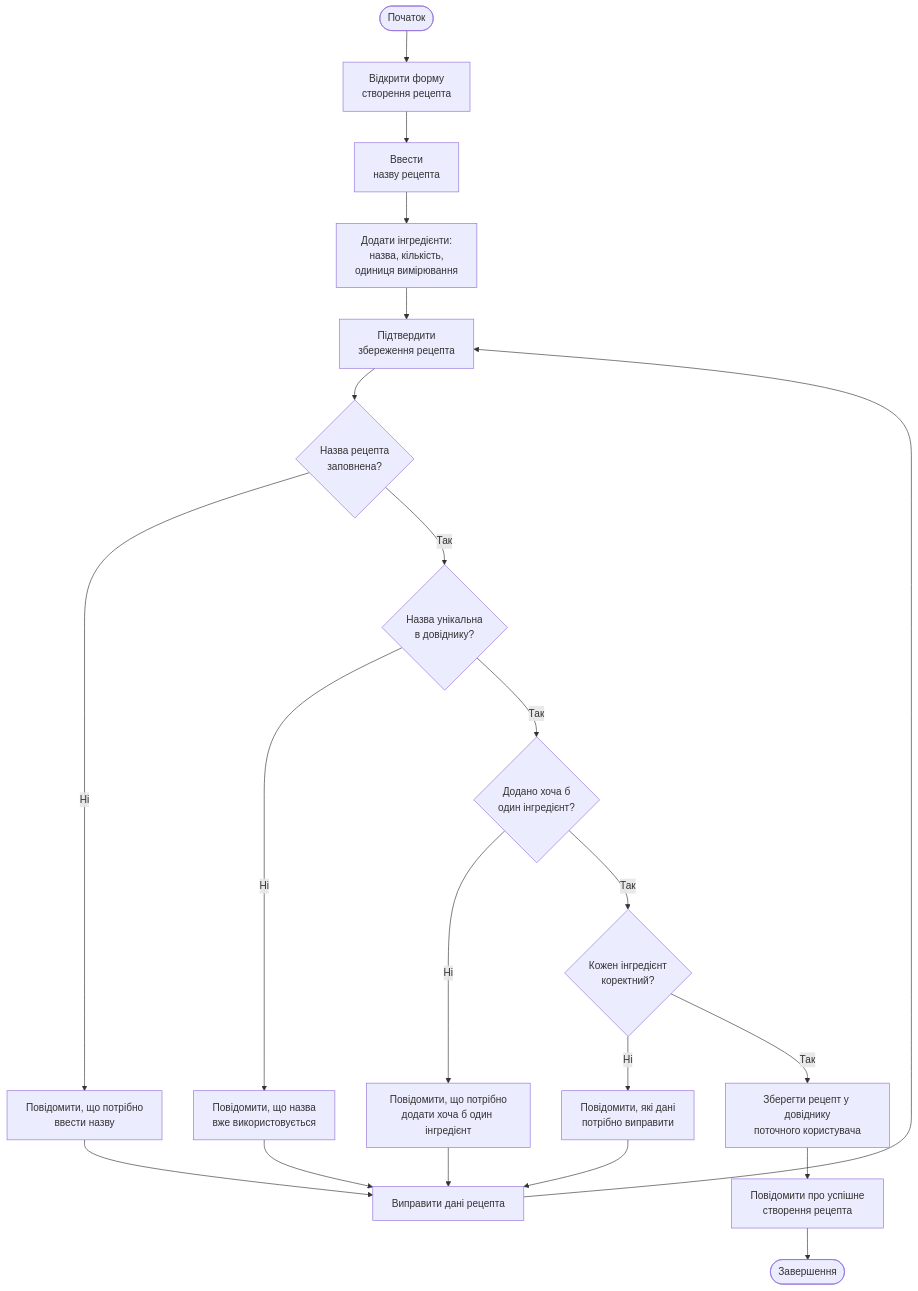
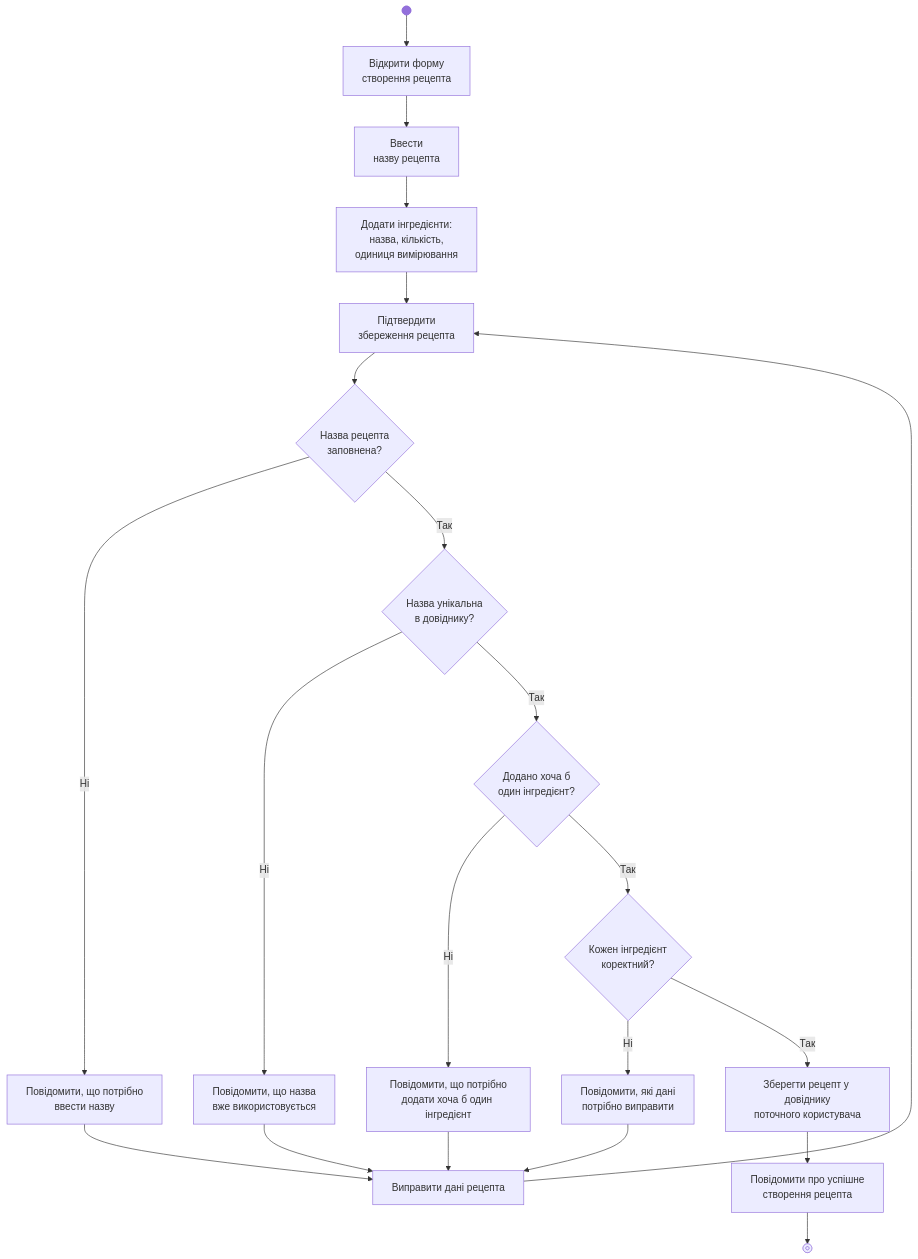
One commit to lvovasofia/TRPZ_LAB_TR-42 changed the diagram in model/activity-uc-03.md. Above: the diagram before and after it, drawn with Mermaid.

Commit message:
docs: fix activity-uc-03 as per the requirements

````diff
--- a/model/activity-uc-03.md
+++ b/model/activity-uc-03.md
@@ -5,29 +5,30 @@
 ```mermaid
 flowchart TD
-    A([Початок]) --> B[Відкрити форму<br>створення рецепта]
+    A@{ shape: f-circ, label: "Початок" }
+    A --> B[Відкрити форму<br>створення рецепта]
     B --> C[Ввести<br>назву рецепта]
     C --> D[Додати інгредієнти:<br>назва, кількість,<br>одиниця вимірювання]
     D --> E[Підтвердити<br>збереження рецепта]
 
     E --> F{Назва рецепта<br>заповнена?}
     F -- Ні --> F1[Повідомити, що потрібно<br>ввести назву]
     F -- Так --> G{Назва унікальна<br>в довіднику?}
 
     G -- Ні --> G1[Повідомити, що назва<br>вже використовується]
     G -- Так --> H{Додано хоча б<br>один інгредієнт?}
 
     H -- Ні --> H1[Повідомити, що потрібно<br>додати хоча б один інгредієнт]
     H -- Так --> I{Кожен інгредієнт<br>коректний?}
 
     I -- Ні --> I1[Повідомити, які дані<br>потрібно виправити]
     I -- Так --> J[Зберегти рецепт у довіднику<br>поточного користувача]
 
     J --> K[Повідомити про успішне<br>створення рецепта]
-    K --> M([Завершення])
+    K --> M@{ shape: fr-circ, label: "Завершення" }
 
     F1 --> L[Виправити дані рецепта]
     G1 --> L
     H1 --> L
     I1 --> L
     L --> E
 ```
````
